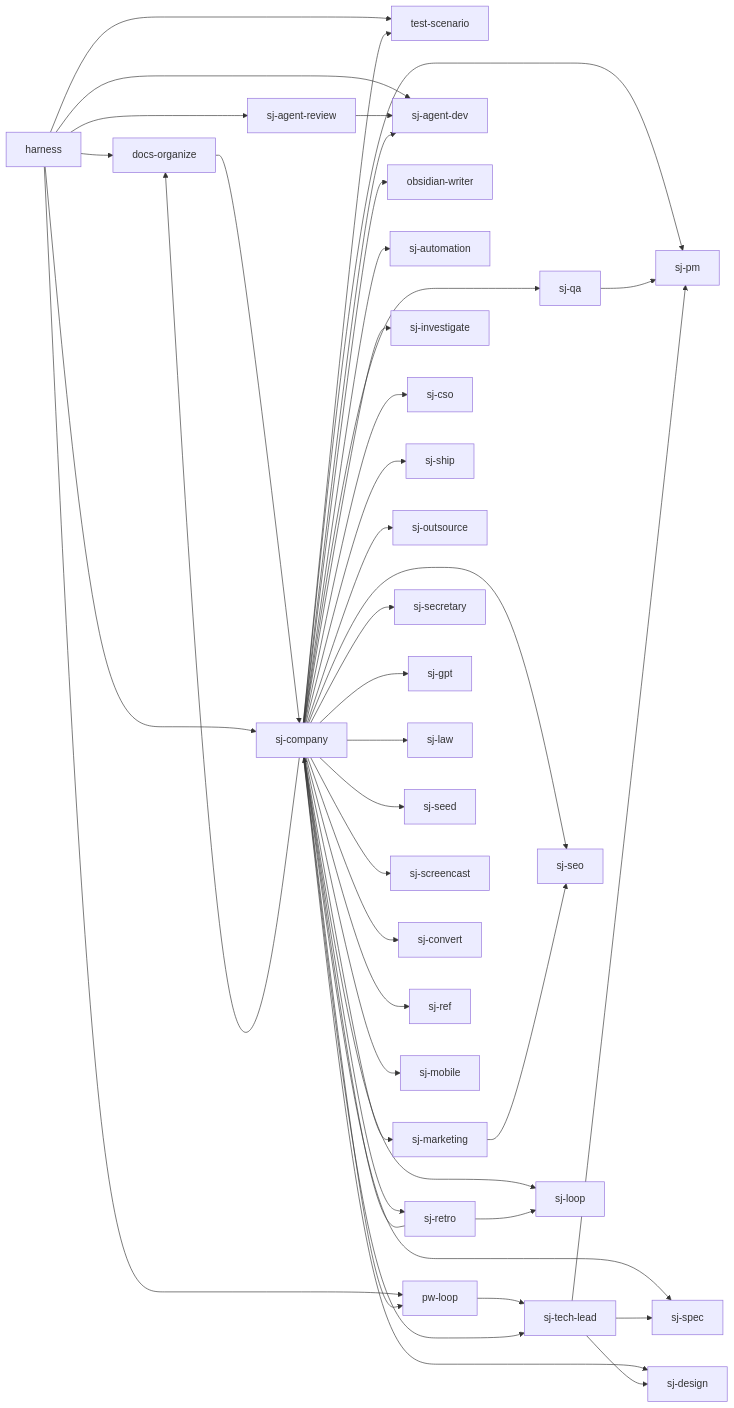
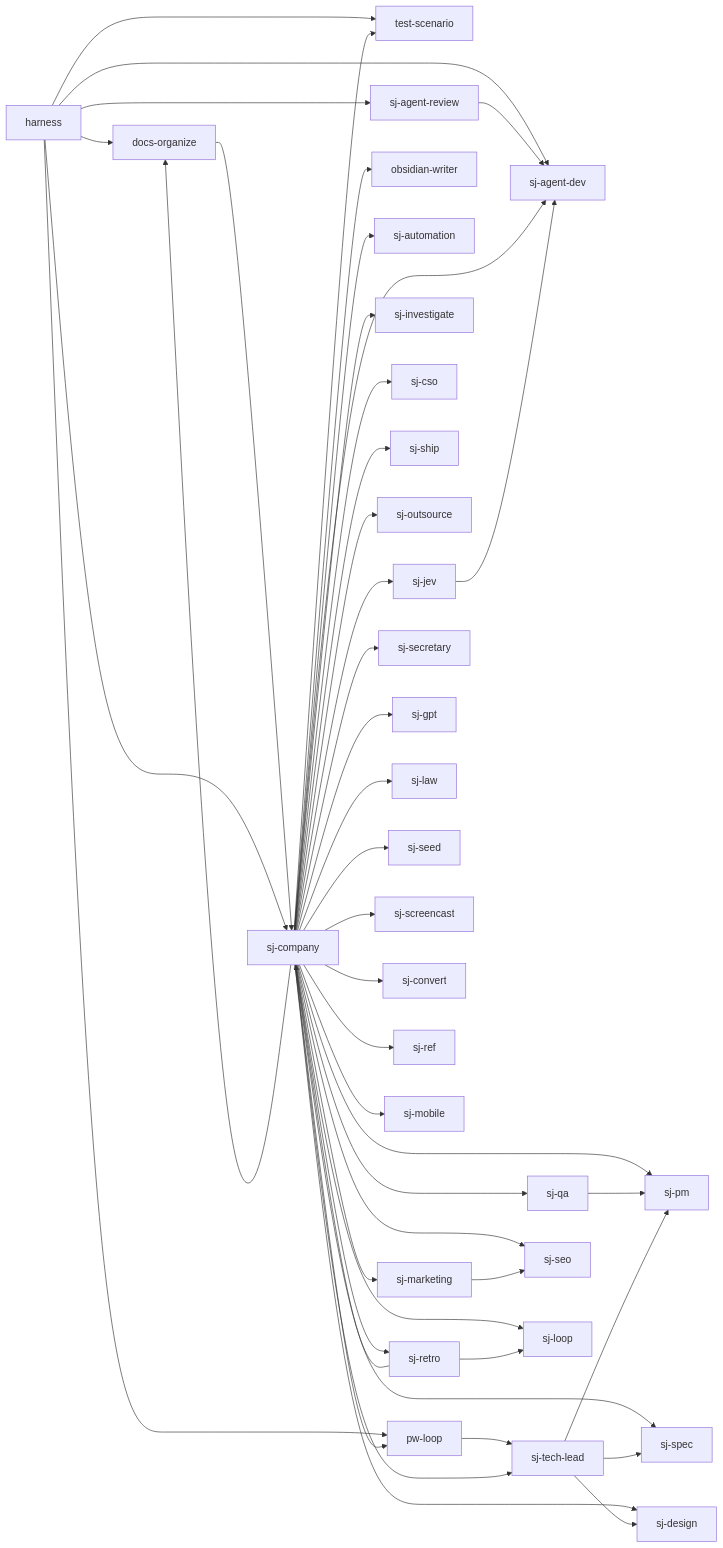
One commit to s0613/S-skills changed the diagram in docs/FEATURE-MAP.md. Above: the diagram before and after it, drawn with Mermaid. The commit also changed other lines of this file and 13 other files, not shown here.

````diff
--- a/docs/FEATURE-MAP.md
+++ b/docs/FEATURE-MAP.md
@@ -6,46 +6,48 @@
 ```mermaid
 flowchart LR
   F01[docs-organize] --> F08[sj-company]
   F02[harness] --> F01
   F02 --> F26[test-scenario]
   F02 --> F04[pw-loop]
   F02 --> F08
   F02 --> F06[sj-agent-review]
   F02 --> F05[sj-agent-dev]
   F04 --> F25[sj-tech-lead]
   F06 --> F05
   F08 --> F18[sj-pm]
   F08 --> F25
   F08 --> F19[sj-qa]
   F08 --> F03[obsidian-writer]
   F08 --> F07[sj-automation]
   F08 --> F22[sj-seo]
   F08 --> F16[sj-marketing]
   F08 --> F24[sj-spec]
   F08 --> F13[sj-investigate]
   F08 --> F05
   F08 --> F09[sj-cso]
   F08 --> F23[sj-ship]
   F08 --> F17[sj-outsource]
   F08 --> F20[sj-retro]
   F08 --> F10[sj-design]
   F08 --> F21[sj-secretary]
   F08 --> F26
   F08 --> F04
   F08 --> F01
   F08 --> F15[sj-loop]
   F08 --> F12[sj-gpt]
   F08 --> F14[sj-law]
   F08 --> F27[sj-seed]
   F08 --> F28[sj-screencast]
   F08 --> F29[sj-convert]
   F08 --> F30[sj-ref]
   F08 --> F32[sj-mobile]
+  F08 --> F33[sj-jev]
+  F33 --> F05
   F16 --> F22
   F19 --> F18
   F20 --> F08
   F20 --> F15
   F25 --> F18
   F25 --> F24
   F25 --> F10
 ```
````
